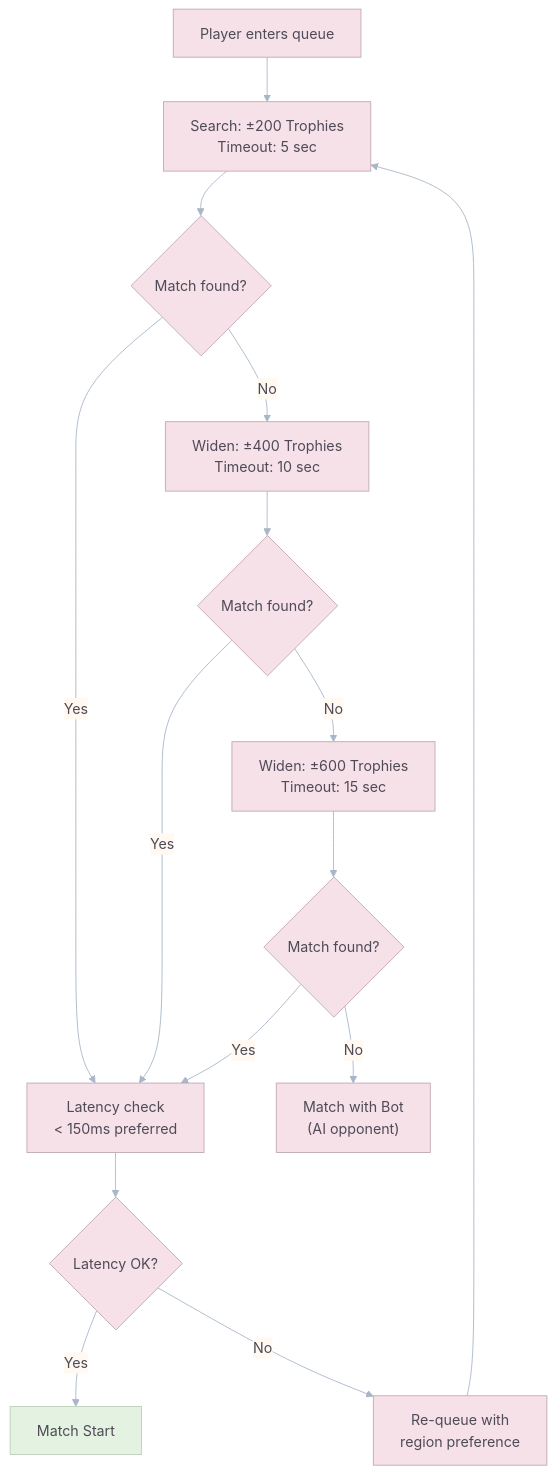
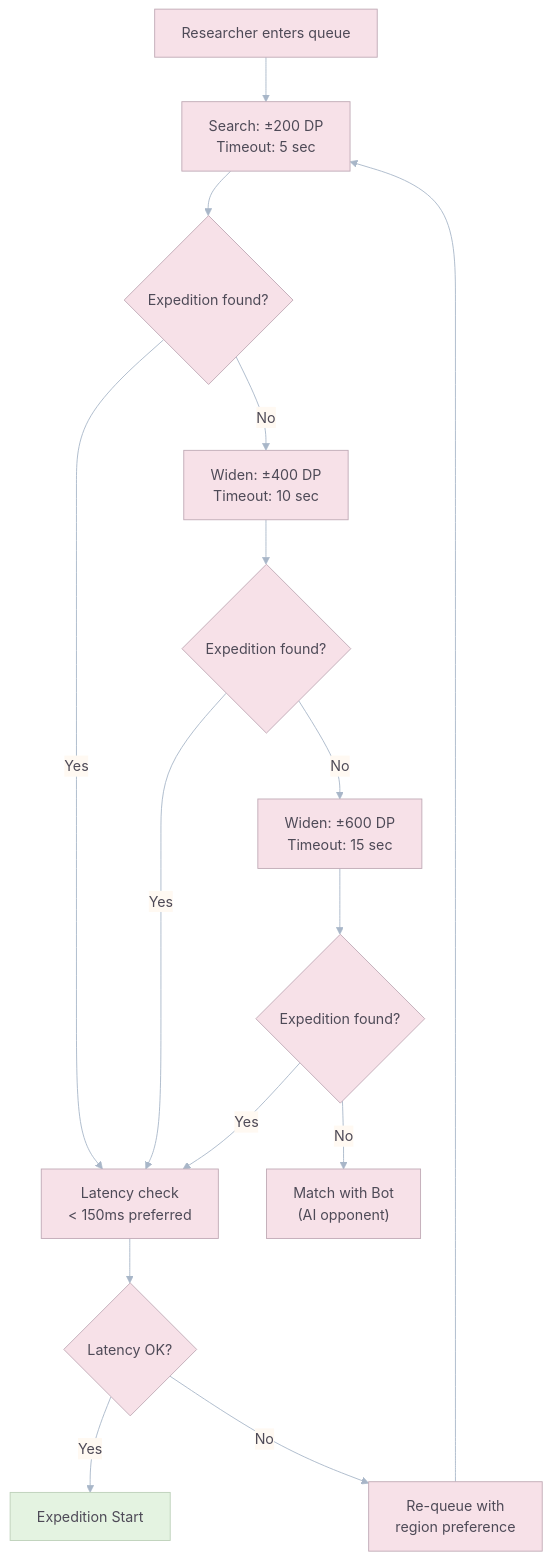
Before and after one commit to unknown-studios-code/goo-galaxy: the second of 2 diagrams in .docs/GDD/02_Mathematics_and_Balancing.md, drawn with Mermaid. The commit also changed other lines of this file and 20 other files, not shown here.

````diff
--- a/.docs/GDD/02_Mathematics_and_Balancing.md
+++ b/.docs/GDD/02_Mathematics_and_Balancing.md
@@ -258,20 +304,20 @@
 ```mermaid
 %%{init: {"theme":"base","themeVariables":{"primaryColor":"#F7E1E8","secondaryColor":"#DCEBF7","tertiaryColor":"#E4F3E1","primaryBorderColor":"#BFA9B5","lineColor":"#A8B6C8","primaryTextColor":"#4E4A57","clusterBkg":"#FAF5EA","clusterBorder":"#CDBFAF","edgeLabelBackground":"#FFF9F2","noteBkgColor":"#F7F1FA","noteTextColor":"#4E4A57","taskBkgColor":"#DCEBF7","taskTextColor":"#4E4A57","taskTextOutsideColor":"#4E4A57","sectionBkgColor":"#E4F3E1","sectionBorderColor":"#BCD0B9","gridColor":"#E8DDD3","todayLineColor":"#C7A7B5","actorBkg":"#F7E1E8","actorBorder":"#BFA9B5","actorTextColor":"#4E4A57","signalColor":"#A8B6C8","signalTextColor":"#4E4A57","labelBoxBkgColor":"#FFF9F2","labelBoxBorderColor":"#CDBFAF","labelTextColor":"#4E4A57"}}}%%
 flowchart TD
-    A["Player enters queue"] --> B["Search: ±200 Trophies<br/>Timeout: 5 sec"]
-    B --> C{"Match found?"}
+    A["Researcher enters queue"] --> B["Search: ±200 DP<br/>Timeout: 5 sec"]
+    B --> C{"Expedition found?"}
     C -- Yes --> D["Latency check<br/>< 150ms preferred"]
-    C -- No --> E["Widen: ±400 Trophies<br/>Timeout: 10 sec"]
-    E --> F{"Match found?"}
+    C -- No --> E["Widen: ±400 DP<br/>Timeout: 10 sec"]
+    E --> F{"Expedition found?"}
     F -- Yes --> D
-    F -- No --> G["Widen: ±600 Trophies<br/>Timeout: 15 sec"]
-    G --> H{"Match found?"}
+    F -- No --> G["Widen: ±600 DP<br/>Timeout: 15 sec"]
+    G --> H{"Expedition found?"}
     H -- Yes --> D
     H -- No --> I["Match with Bot<br/>(AI opponent)"]
     D --> J{"Latency OK?"}
-    J -- Yes --> K["Match Start"]
+    J -- Yes --> K["Expedition Start"]
 
     style K fill:#E4F3E1,color:#4E4A57,stroke:#BCD0B9
     J -- No --> L["Re-queue with<br/>region preference"]
     L --> B
 ```
````
